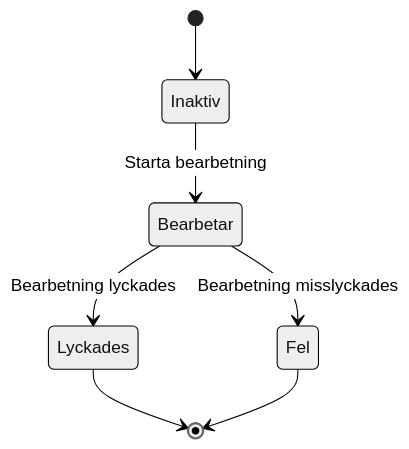
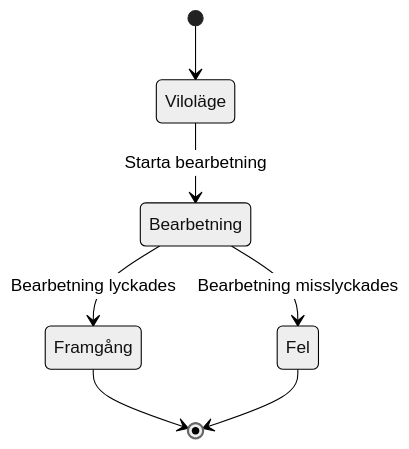
Before and after one commit to zccz14/CZON: the fifth of 7 diagrams in .czon/src/sv-SE/8938d6aac9c056c06137a041b8e82379bfb619bb6d435b9ecec515337dd0cd69.md, drawn with Mermaid (neutral theme). The commit also changed other lines of this file and 148 other files, not shown here.

````diff
--- a/.czon/src/sv-SE/8938d6aac9c056c06137a041b8e82379bfb619bb6d435b9ecec515337dd0cd69.md
+++ b/.czon/src/sv-SE/8938d6aac9c056c06137a041b8e82379bfb619bb6d435b9ecec515337dd0cd69.md
@@ -91,9 +90,9 @@
 ```mermaid
 stateDiagram-v2
-    [*] --> Inaktiv
-    Inaktiv --> Bearbetar : Starta bearbetning
-    Bearbetar --> Lyckades : Bearbetning lyckades
-    Bearbetar --> Fel : Bearbetning misslyckades
-    Lyckades --> [*]
+    [*] --> Viloläge
+    Viloläge --> Bearbetning : Starta bearbetning
+    Bearbetning --> Framgång : Bearbetning lyckades
+    Bearbetning --> Fel : Bearbetning misslyckades
+    Framgång --> [*]
     Fel --> [*]
 ```
````
